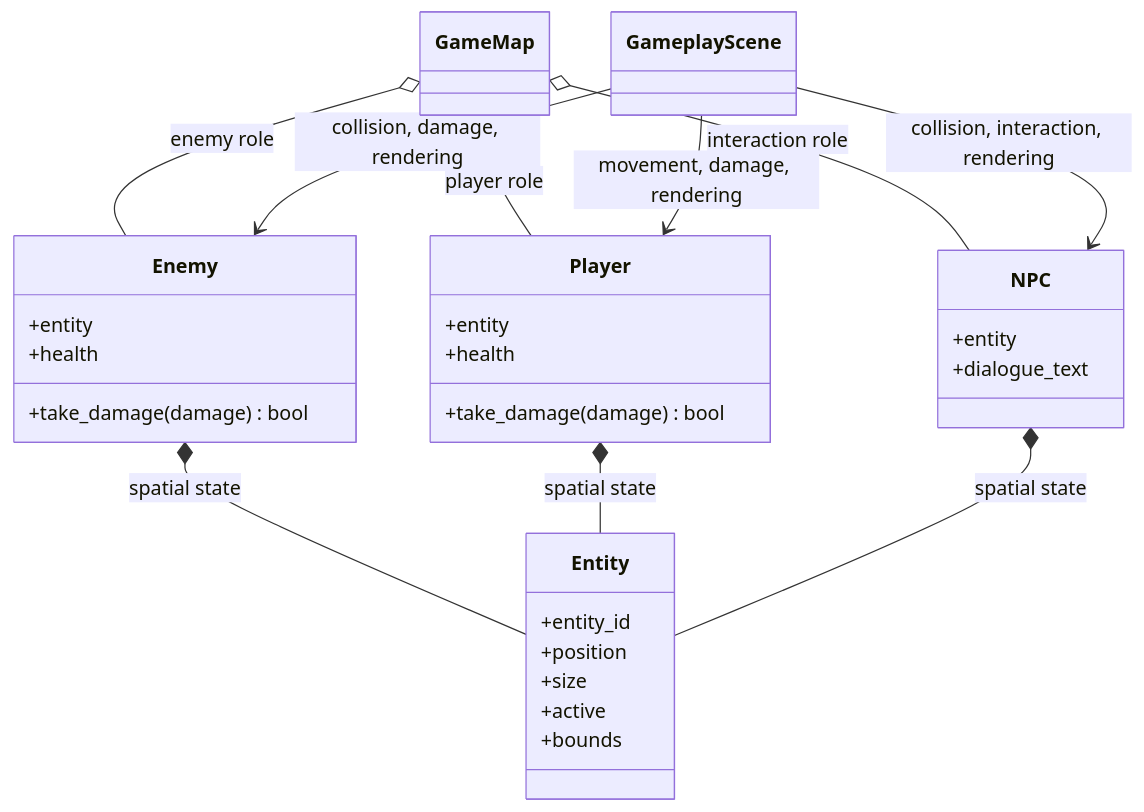
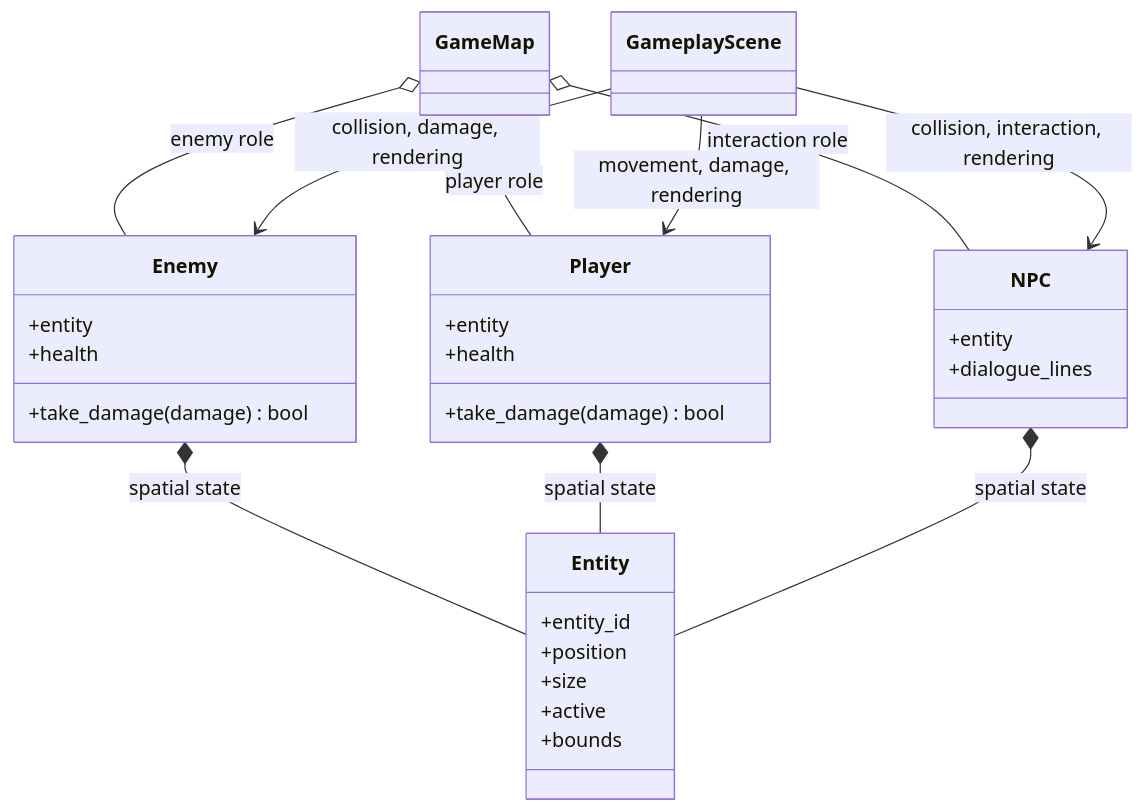
Before and after one commit to VincentMardon/my_first_adventure_game: the diagram in docs/architecture/entities.md, drawn with Mermaid. The commit also changed other lines of this file and 13 other files, not shown here.

Commit message:
feat(dialogue): support multiple line dialogue lines

````diff
--- a/docs/architecture/entities.md
+++ b/docs/architecture/entities.md
@@ -54,37 +55,37 @@
 ```mermaid
 classDiagram
     class Entity {
         +entity_id
         +position
         +size
         +active
         +bounds
     }
 
     class Enemy {
         +entity
         +health
         +take_damage(damage) bool
     }
 
     class Player {
         +entity
         +health
         +take_damage(damage) bool
     }
 
     class NPC {
         +entity
-        +dialogue_text
+        +dialogue_lines
     }
 
     Enemy *-- Entity : spatial state
     Player *-- Entity : spatial state
     NPC *-- Entity : spatial state
     GameMap o-- Enemy : enemy role
     GameMap o-- NPC : interaction role
     GameMap o-- Player : player role
     GameplayScene --> Enemy : collision, damage, rendering
     GameplayScene --> NPC : collision, interaction, rendering
     GameplayScene --> Player : movement, damage, rendering
 ```
````
